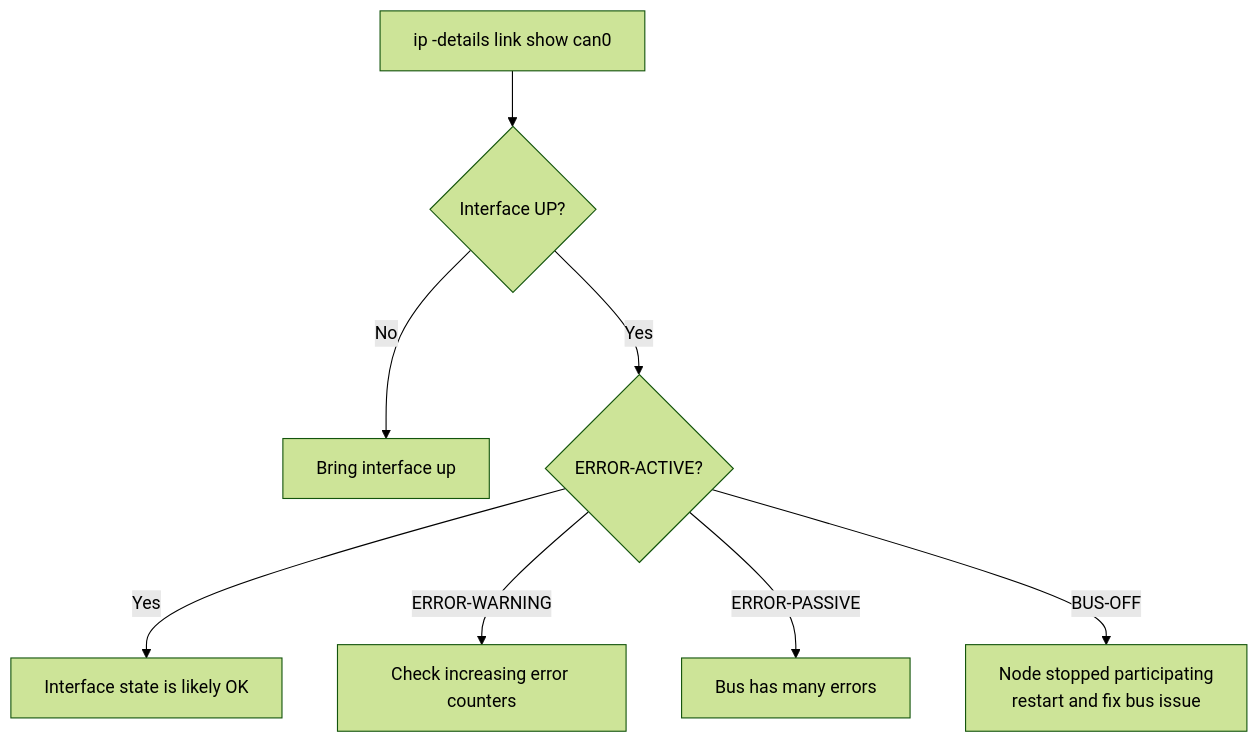
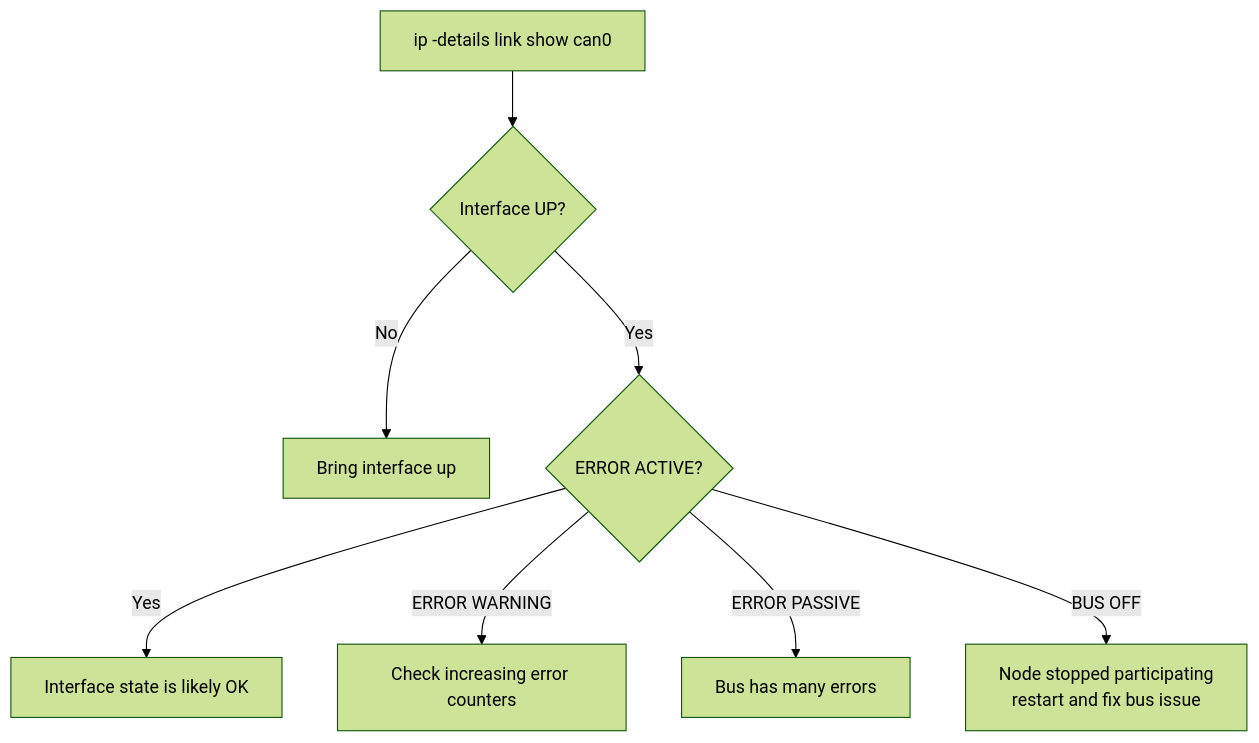
One commit to dokkev/dokkev.github.io changed the eighth of 15 diagrams in _posts/CAN/2024-09-03-debugcan.md. Above: the diagram before and after it, drawn with Mermaid (forest theme). The commit also changed other lines of this file and 1 other file, not shown here.

Commit message:
compact diagram

````diff
--- a/_posts/CAN/2024-09-03-debugcan.md
+++ b/_posts/CAN/2024-09-03-debugcan.md
@@ -329,11 +329,11 @@
 ```mermaid
 flowchart TD
     A["ip -details link show can0"] --> B{"Interface UP?"}
     B -->|No| C["Bring interface up"]
-    B -->|Yes| D{"ERROR-ACTIVE?"}
+    B -->|Yes| D{"ERROR ACTIVE?"}
 
     D -->|Yes| E["Interface state is likely OK"]
-    D -->|ERROR-WARNING| F["Check increasing error counters"]
-    D -->|ERROR-PASSIVE| G["Bus has many errors"]
-    D -->|BUS-OFF| H["Node stopped participating<br/>restart and fix bus issue"]
+    D -->|ERROR WARNING| F["Check increasing error counters"]
+    D -->|ERROR PASSIVE| G["Bus has many errors"]
+    D -->|BUS OFF| H["Node stopped participating<br/>restart and fix bus issue"]
 ```
````
